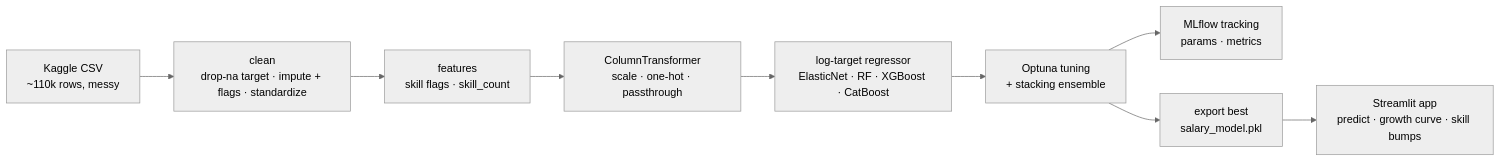
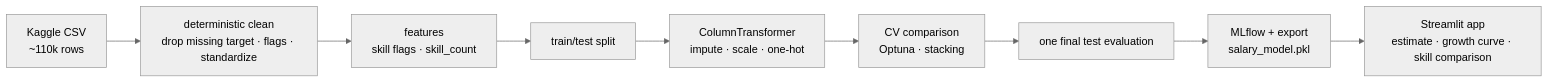
One commit to goyashek/tech-salary-advisor changed the diagram in README.md. Above: the diagram before and after it, drawn with Mermaid (neutral theme). The commit also changed other lines of this file and 14 other files, not shown here.

````diff
--- a/README.md
+++ b/README.md
@@ -125,11 +121,11 @@
 ```mermaid
 flowchart LR
-    A[Kaggle CSV<br/>~110k rows, messy] --> B[clean<br/>drop-na target · impute + flags · standardize]
+    A[Kaggle CSV<br/>~110k rows] --> B[deterministic clean<br/>drop missing target · flags · standardize]
     B --> C[features<br/>skill flags · skill_count]
-    C --> D[ColumnTransformer<br/>scale · one-hot · passthrough]
-    D --> E[log-target regressor<br/>ElasticNet · RF · XGBoost · CatBoost]
-    E --> F[Optuna tuning<br/>+ stacking ensemble]
-    F --> G[MLflow tracking<br/>params · metrics]
-    F --> H[export best<br/>salary_model.pkl]
-    H --> I[Streamlit app<br/>predict · growth curve · skill bumps]
+    C --> D[train/test split]
+    D --> E[ColumnTransformer<br/>impute · scale · one-hot]
+    E --> F[CV comparison<br/>Optuna · stacking]
+    F --> G[one final test evaluation]
+    G --> H[MLflow + export<br/>salary_model.pkl]
+    H --> I[Streamlit app<br/>estimate · growth curve · skill comparison]
 ```
````
